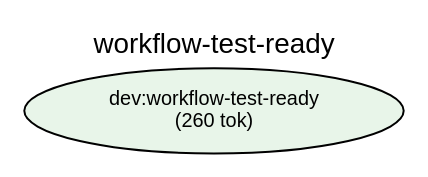
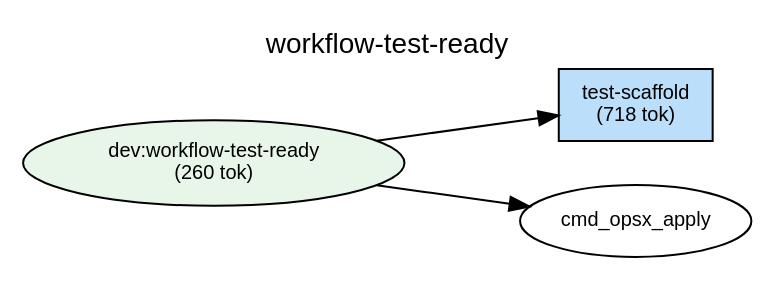
The diagram in plugins/dev/docs/deps-workflow-test-ready.dot (shuu5/twill), drawn with Graphviz before and after one commit. The commit also changed 37 other files, not shown here.

```diff
--- a/plugins/dev/docs/deps-workflow-test-ready.dot
+++ b/plugins/dev/docs/deps-workflow-test-ready.dot
@@ -1,37 +1,41 @@
 digraph Dependencies {
     // Graph settings
     rankdir=LR;
     ranksep=0.8;
     nodesep=0.3;
     fontname="Helvetica";
     node [fontname="Helvetica", fontsize=10];
     edge [fontname="Helvetica", fontsize=9];
     label="workflow-test-ready";
     labelloc=t;
     fontsize=14;
 
     // L0: Controller Skills
 
     // L0: Launchers
 
     // L0.5: Workflow Skills
     skill_workflow_test_ready [label="dev:workflow-test-ready\n(260 tok)", shape=ellipse, style=filled, fillcolor="#e8f5e9"];
 
     // Reference Skills
 
     // L1: Direct Commands
+    cmd_test_scaffold [label="test-scaffold\n(718 tok)", shape=box, style=filled, fillcolor="#bbdefb"];
 
     // L2: Sub Commands
 
     // L3: Agents
 
     // L3.5: Scripts
 
     // L4: External
 
     // Layer constraints
     { rank=same; skill_workflow_test_ready; }
+    { rank=same; cmd_test_scaffold; }
 
     // Edges
+    skill_workflow_test_ready -> cmd_test_scaffold;
+    skill_workflow_test_ready -> cmd_opsx_apply;
 
 }
```
